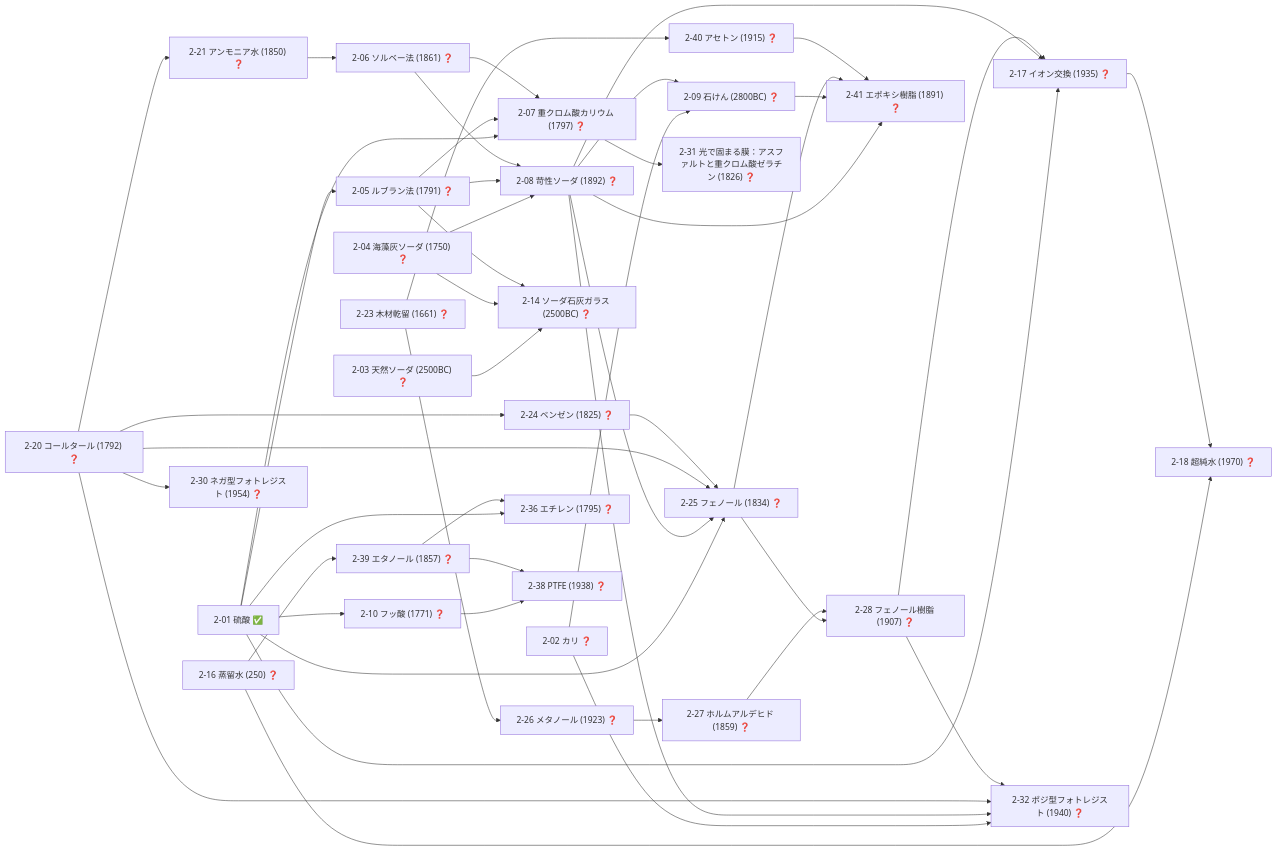
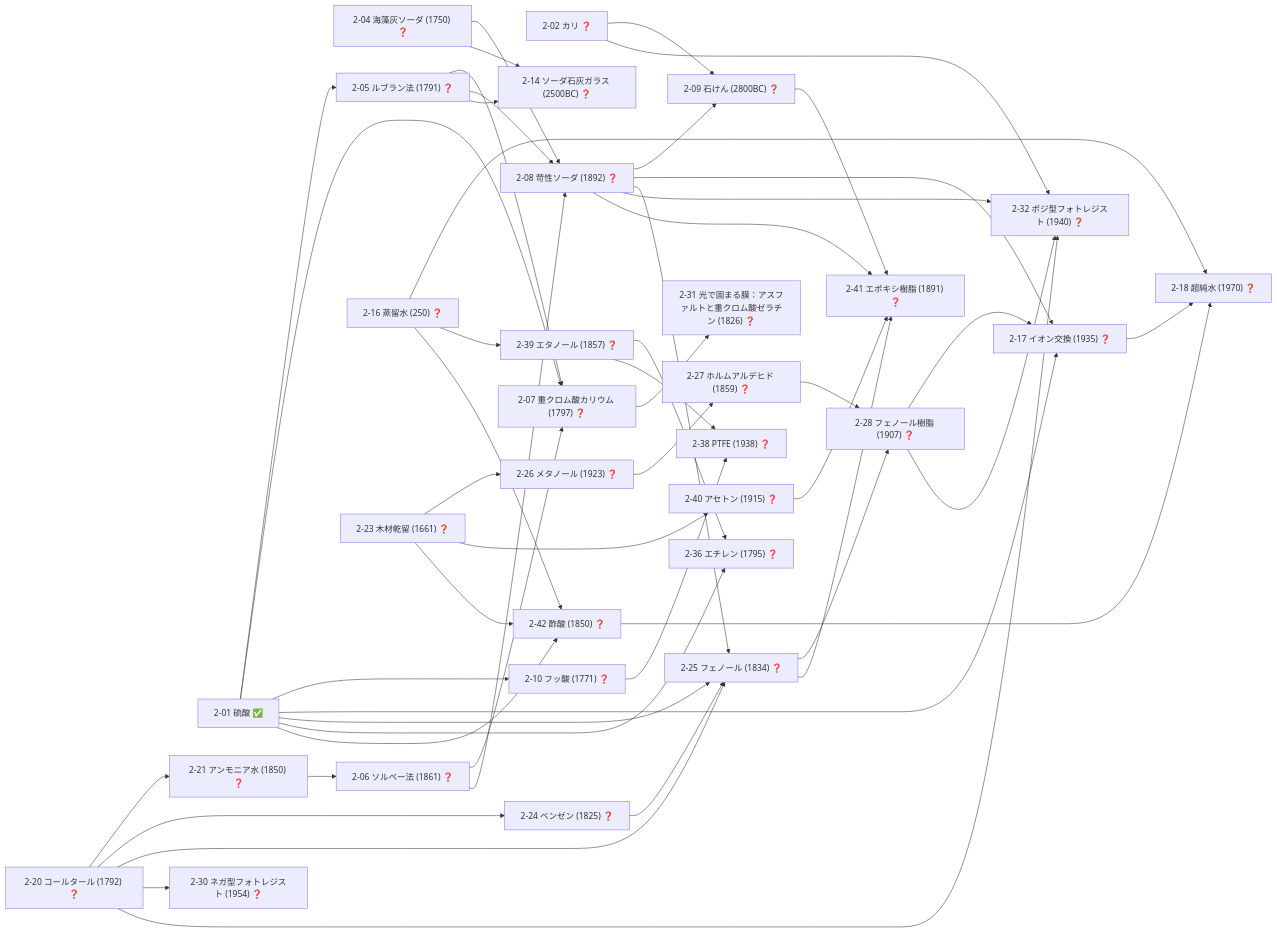
Before and after one commit to taku3i0317-collab/semiconductor-lab: the fifth of 19 diagrams in docs/TECH_TREE_VIEW.md, drawn with Mermaid. The commit also changed other lines of this file and 2 other files, not shown here.

````diff
--- a/docs/TECH_TREE_VIEW.md
+++ b/docs/TECH_TREE_VIEW.md
@@ -220,78 +220,81 @@
 ```mermaid
 graph LR
   n2_01["2-01 硫酸 ✅"]
   n2_02["2-02 カリ ❓"]
-  n2_03["2-03 天然ソーダ (2500BC) ❓"]
   n2_04["2-04 海藻灰ソーダ (1750) ❓"]
   n2_05["2-05 ルブラン法 (1791) ❓"]
   n2_06["2-06 ソルベー法 (1861) ❓"]
   n2_07["2-07 重クロム酸カリウム (1797) ❓"]
   n2_08["2-08 苛性ソーダ (1892) ❓"]
   n2_09["2-09 石けん (2800BC) ❓"]
   n2_10["2-10 フッ酸 (1771) ❓"]
   n2_14["2-14 ソーダ石灰ガラス (2500BC) ❓"]
   n2_16["2-16 蒸留水 (250) ❓"]
   n2_17["2-17 イオン交換 (1935) ❓"]
   n2_18["2-18 超純水 (1970) ❓"]
   n2_20["2-20 コールタール (1792) ❓"]
   n2_21["2-21 アンモニア水 (1850) ❓"]
   n2_23["2-23 木材乾留 (1661) ❓"]
   n2_24["2-24 ベンゼン (1825) ❓"]
   n2_25["2-25 フェノール (1834) ❓"]
   n2_26["2-26 メタノール (1923) ❓"]
   n2_27["2-27 ホルムアルデヒド (1859) ❓"]
   n2_28["2-28 フェノール樹脂 (1907) ❓"]
   n2_30["2-30 ネガ型フォトレジスト (1954) ❓"]
   n2_31["2-31 光で固まる膜：アスファルトと重クロム酸ゼラチン (1826) ❓"]
   n2_32["2-32 ポジ型フォトレジスト (1940) ❓"]
   n2_36["2-36 エチレン (1795) ❓"]
   n2_38["2-38 PTFE (1938) ❓"]
   n2_39["2-39 エタノール (1857) ❓"]
   n2_40["2-40 アセトン (1915) ❓"]
   n2_41["2-41 エポキシ樹脂 (1891) ❓"]
+  n2_42["2-42 酢酸 (1850) ❓"]
   n2_01-->n2_05
   n2_21-->n2_06
   n2_01-->n2_07
   n2_05-->n2_07
   n2_06-->n2_07
   n2_04-->n2_08
   n2_05-->n2_08
   n2_06-->n2_08
   n2_02-->n2_09
   n2_08-->n2_09
   n2_01-->n2_10
-  n2_03-->n2_14
   n2_04-->n2_14
   n2_05-->n2_14
   n2_01-->n2_17
   n2_08-->n2_17
   n2_28-->n2_17
   n2_16-->n2_18
   n2_17-->n2_18
+  n2_42-->n2_18
   n2_20-->n2_21
   n2_20-->n2_24
   n2_01-->n2_25
   n2_08-->n2_25
   n2_20-->n2_25
   n2_24-->n2_25
   n2_23-->n2_26
   n2_26-->n2_27
   n2_25-->n2_28
   n2_27-->n2_28
   n2_20-->n2_30
   n2_07-->n2_31
   n2_02-->n2_32
   n2_08-->n2_32
   n2_20-->n2_32
   n2_28-->n2_32
   n2_01-->n2_36
   n2_39-->n2_36
   n2_10-->n2_38
   n2_39-->n2_38
   n2_16-->n2_39
   n2_23-->n2_40
   n2_08-->n2_41
   n2_09-->n2_41
   n2_25-->n2_41
   n2_40-->n2_41
+  n2_01-->n2_42
+  n2_16-->n2_42
+  n2_23-->n2_42
 ```
````
